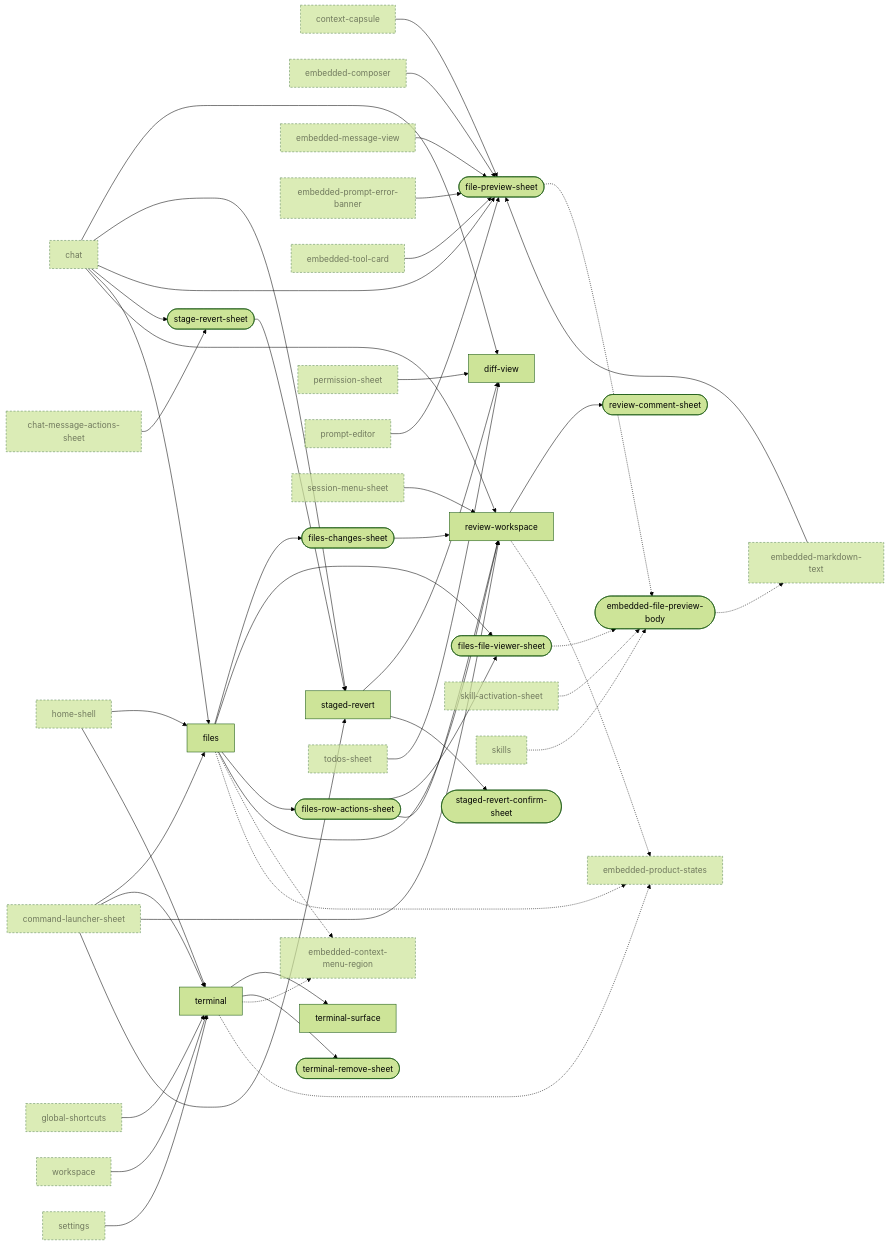
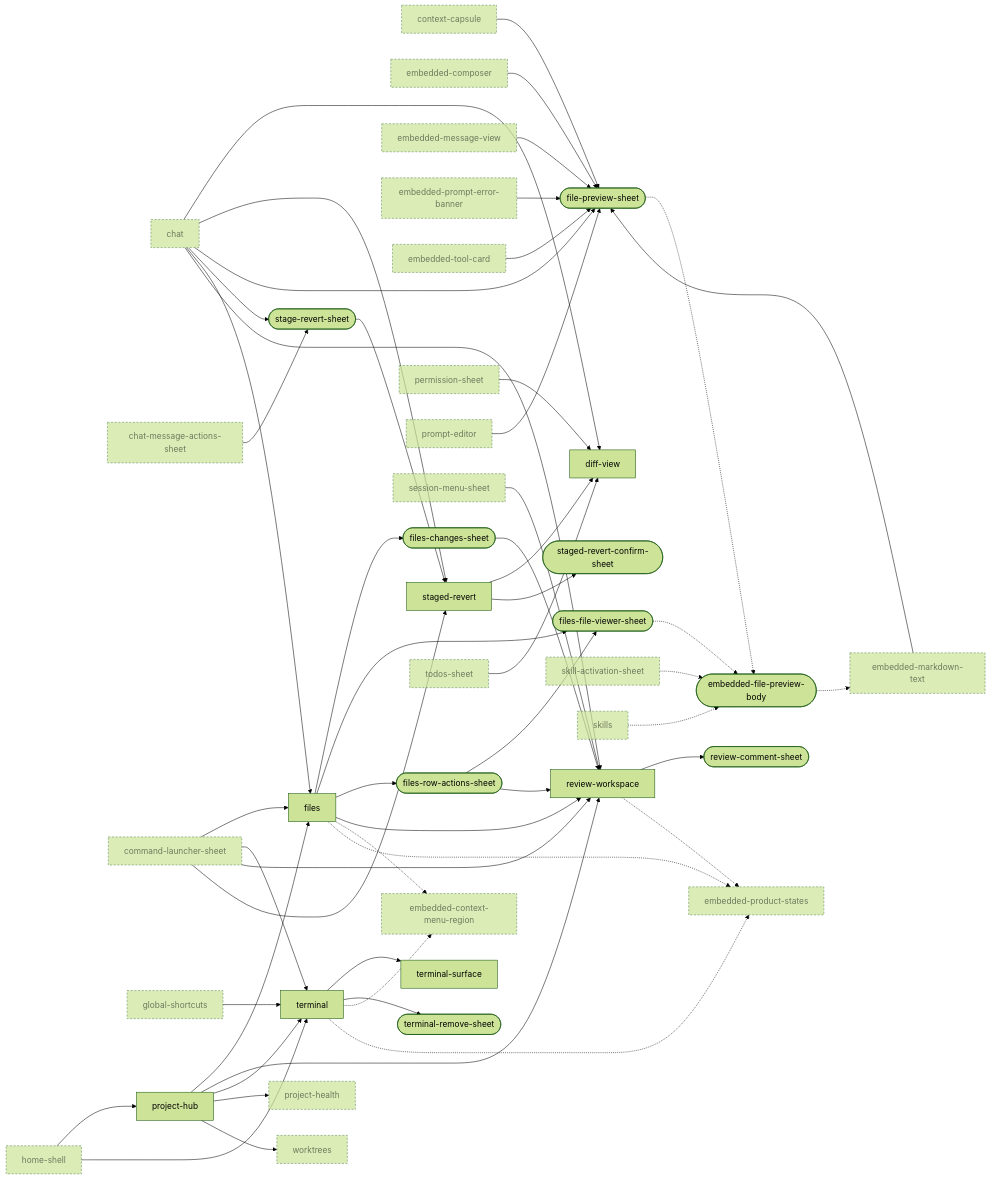
One commit to Breskott/opencode-mobile-next changed the fourth of 10 diagrams in docs/design/ui-ledger/navigation.md. Above: the diagram before and after it, drawn with Mermaid (forest theme). The commit also changed other lines of this file and 22 other files, not shown here.

```diff
--- a/docs/design/ui-ledger/navigation.md
+++ b/docs/design/ui-ledger/navigation.md
@@ -578,11 +579,12 @@
   global_shortcuts["global-shortcuts"]:::ext
   home_shell["home-shell"]:::ext
   permission_sheet["permission-sheet"]:::ext
+  project_health["project-health"]:::ext
+  project_hub["project-hub"]
   prompt_editor["prompt-editor"]:::ext
   review_comment_sheet(["review-comment-sheet"])
   review_workspace["review-workspace"]
   session_menu_sheet["session-menu-sheet"]:::ext
-  settings["settings"]:::ext
   skill_activation_sheet["skill-activation-sheet"]:::ext
   skills["skills"]:::ext
   stage_revert_sheet(["stage-revert-sheet"])
@@ -592,8 +594,8 @@
   terminal_remove_sheet(["terminal-remove-sheet"])
   terminal_surface["terminal-surface"]
   todos_sheet["todos-sheet"]:::ext
-  workspace["workspace"]:::ext
-  home_shell --> files
+  worktrees["worktrees"]:::ext
+  home_shell --> project_hub
   home_shell --> terminal
   global_shortcuts --> terminal
   chat --> diff_view
@@ -612,7 +614,11 @@
   permission_sheet --> diff_view
   embedded_tool_card --> file_preview_sheet
   embedded_markdown_text --> file_preview_sheet
-  workspace --> terminal
+  project_hub --> files
+  project_hub --> review_workspace
+  project_hub --> terminal
+  project_hub --> project_health
+  project_hub --> worktrees
   files --> files_changes_sheet
   files --> files_file_viewer_sheet
   files --> files_row_actions_sheet
@@ -626,7 +632,6 @@
   stage_revert_sheet --> staged_revert
   staged_revert --> diff_view
   staged_revert --> staged_revert_confirm_sheet
-  settings --> terminal
   context_capsule --> file_preview_sheet
   files -.-> embedded_context_menu_region
   terminal -.-> embedded_context_menu_region
```
